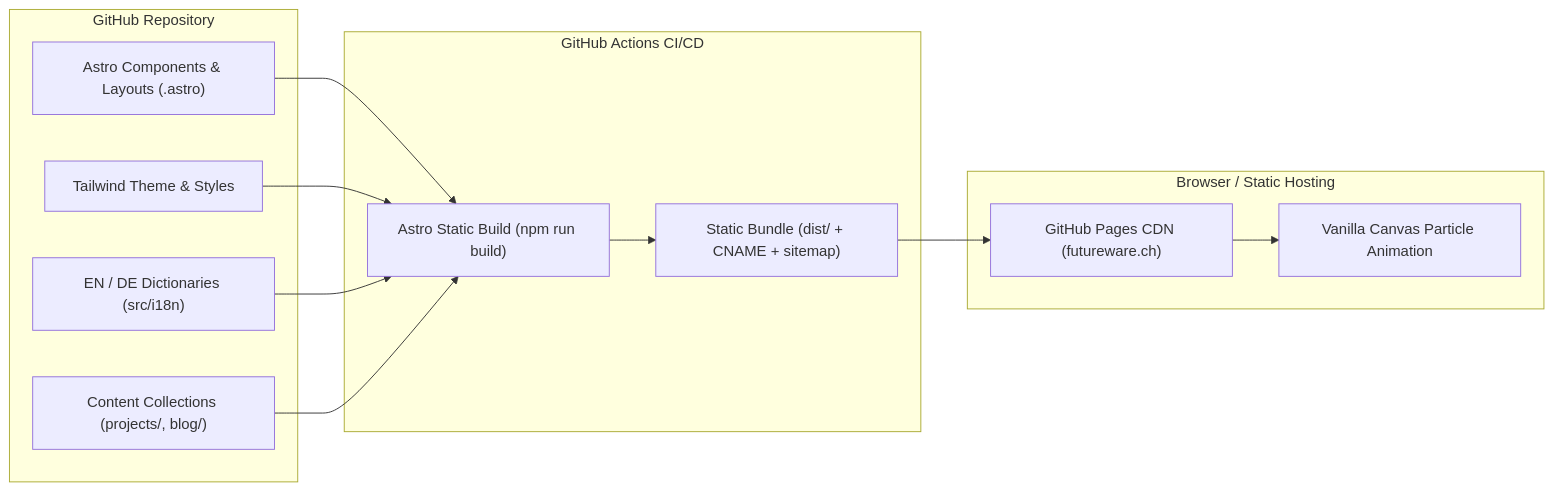
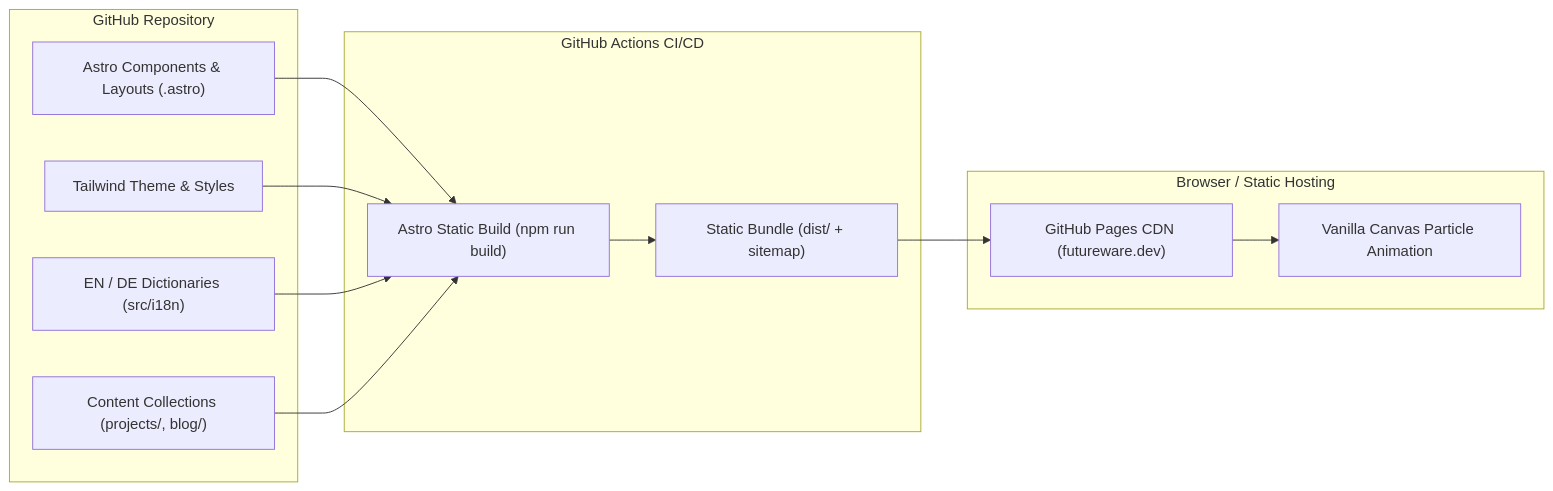
One commit to futureware-tech/futureware-tech.github.io changed the diagram in docs/adrs/ADR-0001-astro-tailwind-static-site.md. Above: the diagram before and after it, drawn with Mermaid. The commit also changed other lines of this file and 5 other files, not shown here.

````diff
--- a/docs/adrs/ADR-0001-astro-tailwind-static-site.md
+++ b/docs/adrs/ADR-0001-astro-tailwind-static-site.md
@@ -75,27 +75,27 @@
 ```mermaid
 flowchart LR
     subgraph Repo["GitHub Repository"]
         UI["Astro Components & Layouts (.astro)"]
         TW["Tailwind Theme & Styles"]
         I18N["EN / DE Dictionaries (src/i18n)"]
         CC["Content Collections (projects/, blog/)"]
     end
 
     subgraph CI["GitHub Actions CI/CD"]
         Build["Astro Static Build (npm run build)"]
-        Artifact["Static Bundle (dist/ + CNAME + sitemap)"]
+        Artifact["Static Bundle (dist/ + sitemap)"]
     end
 
     subgraph Runtime["Browser / Static Hosting"]
-        GHP["GitHub Pages CDN (futureware.ch)"]
+        GHP["GitHub Pages CDN (futureware.dev)"]
         Canvas["Vanilla Canvas Particle Animation"]
     end
 
     UI --> Build
     TW --> Build
     I18N --> Build
     CC --> Build
     Build --> Artifact
     Artifact --> GHP
     GHP --> Canvas
 ```
````
